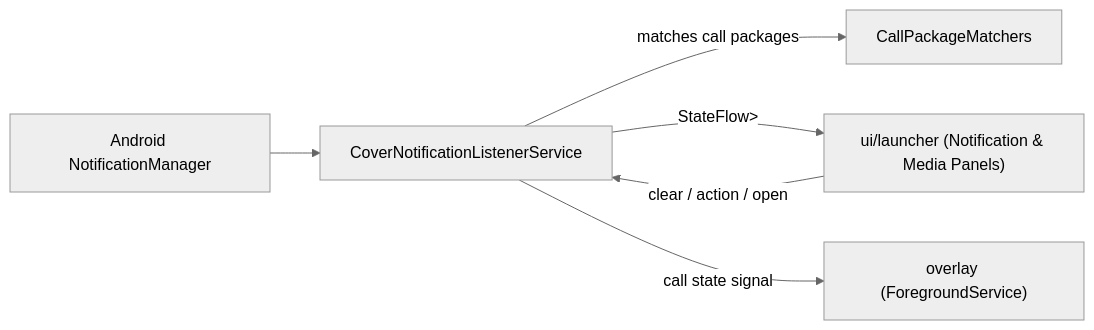
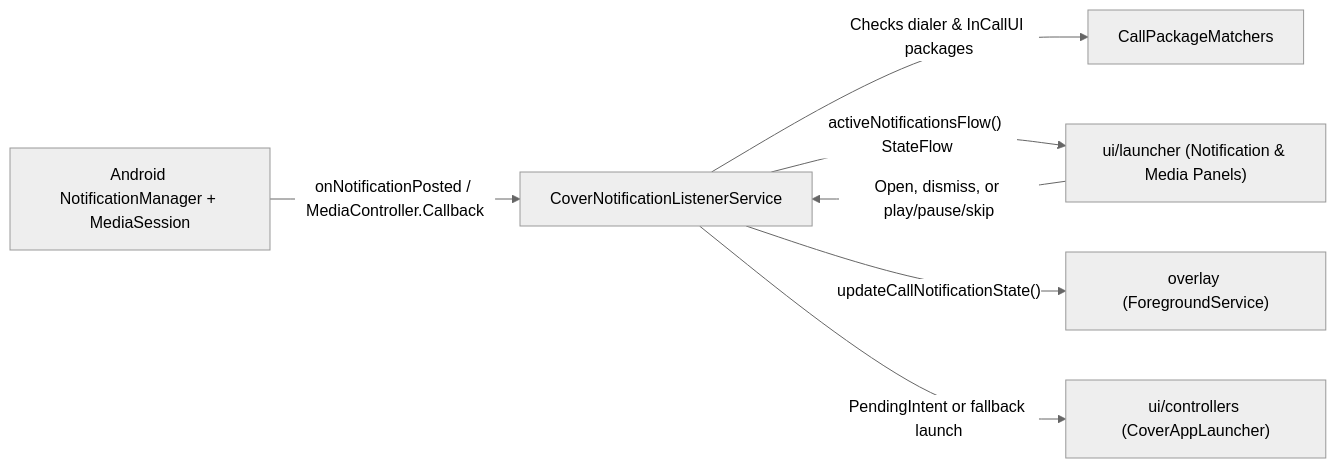
One commit to tyejaedon/Cover-Screen-OS changed the diagram in app/src/main/java/com/tyejaedon/coverscreenos/notifications/README.md. Above: the diagram before and after it, drawn with Mermaid (neutral theme). The commit also changed other lines of this file and 157 other files, not shown here.

````diff
--- a/app/src/main/java/com/tyejaedon/coverscreenos/notifications/README.md
+++ b/app/src/main/java/com/tyejaedon/coverscreenos/notifications/README.md
@@ -14,8 +69,9 @@
 ```mermaid
 flowchart LR
-    SysNotif["Android NotificationManager"] --> Listener["CoverNotificationListenerService"]
-    Listener -->|"matches call packages"| Matchers["CallPackageMatchers"]
-    Listener -->|"StateFlow<List<CoverNotificationModel>>"| Launcher["ui/launcher (Notification & Media Panels)"]
-    Listener -->|"call state signal"| Overlay["overlay (ForegroundService)"]
-    Launcher -->|"clear / action / open"| Listener
+    SysNotif["Android NotificationManager + MediaSession"] -->|"onNotificationPosted / MediaController.Callback"| Listener["CoverNotificationListenerService"]
+    Listener -->|"Checks dialer & InCallUI packages"| Matchers["CallPackageMatchers"]
+    Listener -->|"activeNotificationsFlow() StateFlow"| Panels["ui/launcher (Notification & Media Panels)"]
+    Listener -->|"updateCallNotificationState()"| Overlay["overlay (ForegroundService)"]
+    Panels -->|"Open, dismiss, or play/pause/skip"| Listener
+    Listener -->|"PendingIntent or fallback launch"| Launcher["ui/controllers (CoverAppLauncher)"]
 ```
````
